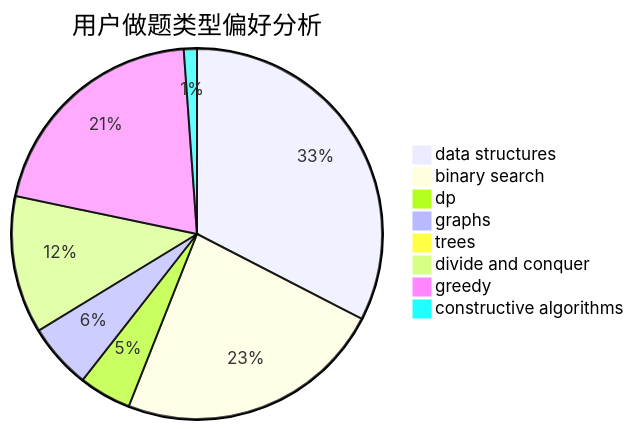
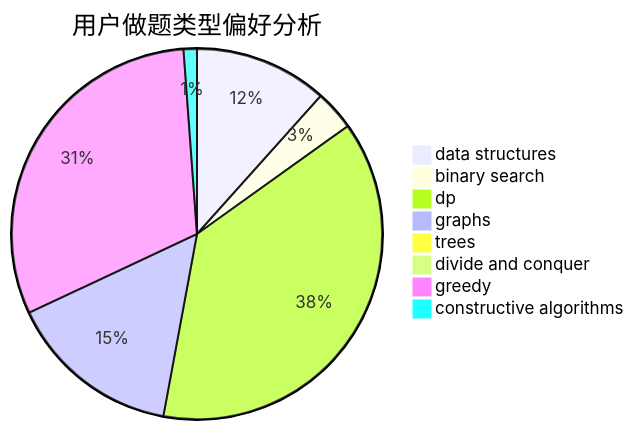
One commit to sherpahu/cfrs.github.io changed the second of 3 diagrams in docs/user/u2437.md. Above: the diagram before and after it, drawn with Mermaid. The commit also changed other lines of this file and 2770 other files, not shown here.

````diff
--- a/docs/user/u2437.md
+++ b/docs/user/u2437.md
@@ -23,11 +23,11 @@
 ```mermaid
 pie title 用户做题类型偏好分析
-    "data structures" :  57
-    "binary search" :  41
-    "dp" :  8
-    "graphs" :  10
+    "data structures" :  20
+    "binary search" :  6
+    "dp" :  65
+    "graphs" :  26
     "trees" :  0
-    "divide and conquer" :  21
-    "greedy" :  36
+    "divide and conquer" :  0
+    "greedy" :  53
     "constructive algorithms" :  2
 ```
````
